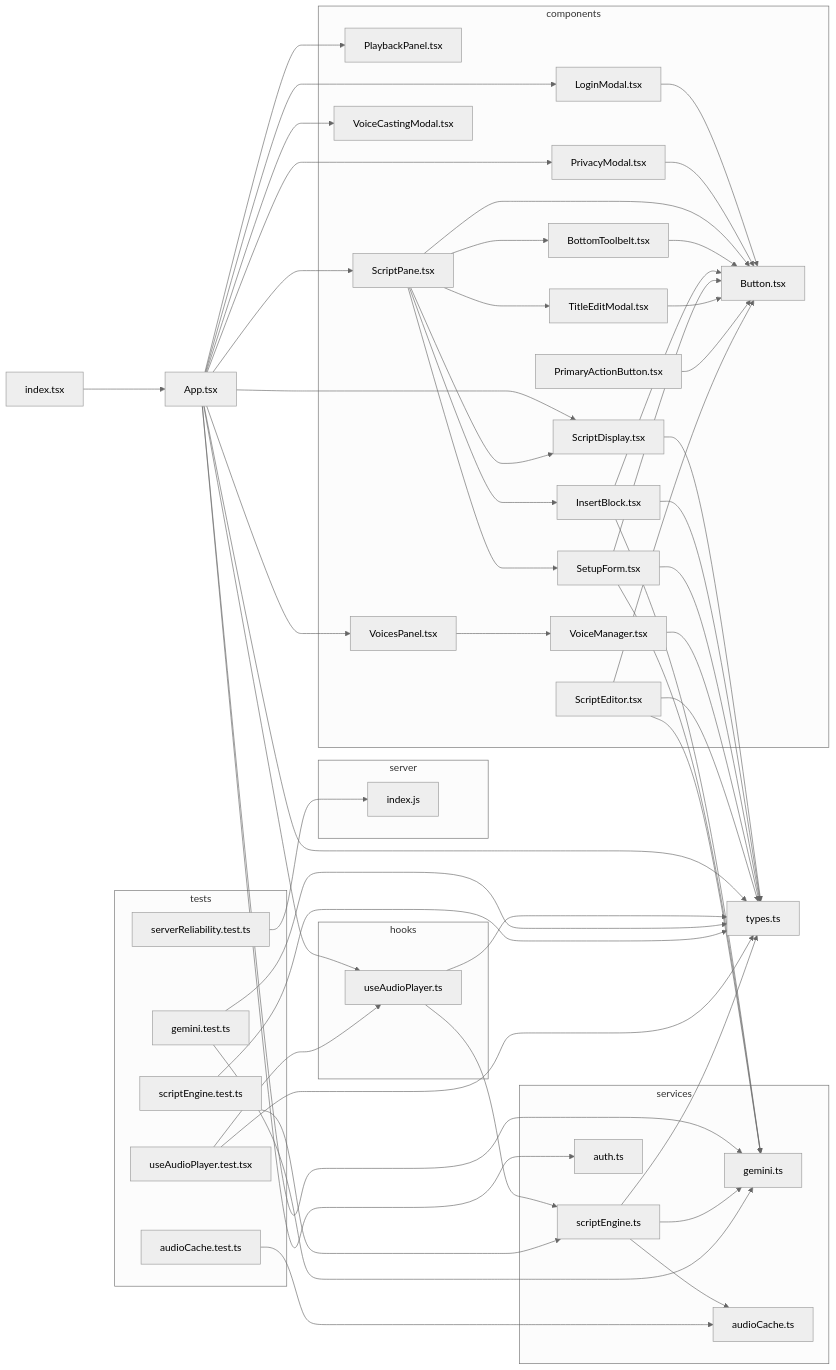
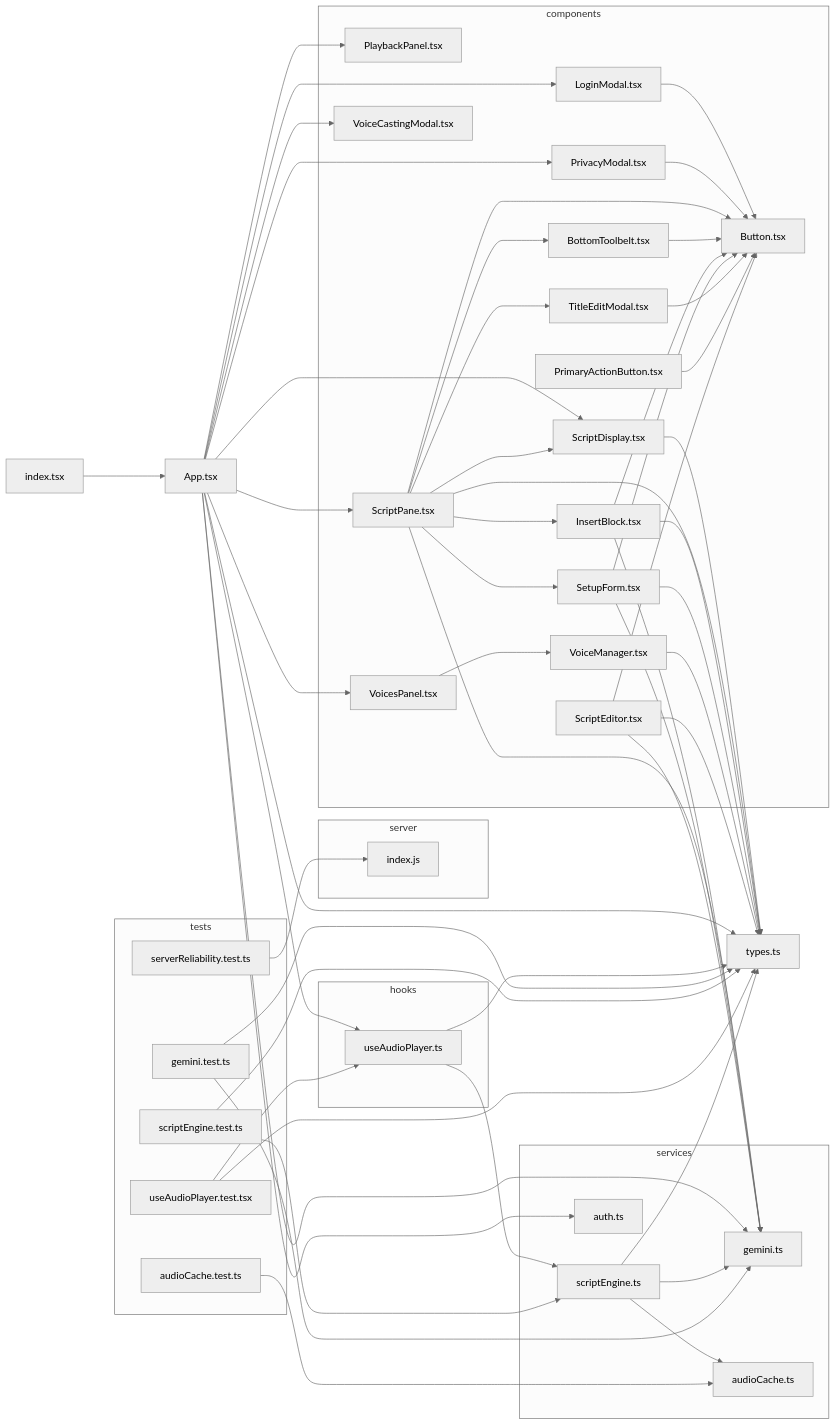
The diagram in docs/dependency-graph.mmd (seanzmc/Script-Seance), drawn with Mermaid (neutral theme) before and after one commit. The commit also changed 1 other file, not shown here.

```diff
--- a/docs/dependency-graph.mmd
+++ b/docs/dependency-graph.mmd
@@ -1,89 +1,91 @@
 flowchart LR
 
 0["App.tsx"]
 subgraph 1["components"]
 2["LoginModal.tsx"]
 3["Button.tsx"]
 4["PlaybackPanel.tsx"]
 5["PrivacyModal.tsx"]
 6["ScriptDisplay.tsx"]
 8["ScriptPane.tsx"]
-9["BottomToolbelt.tsx"]
-A["InsertBlock.tsx"]
+B["BottomToolbelt.tsx"]
+C["InsertBlock.tsx"]
 D["SetupForm.tsx"]
 E["TitleEditModal.tsx"]
 F["VoiceCastingModal.tsx"]
 G["VoicesPanel.tsx"]
 H["VoiceManager.tsx"]
 N["PrimaryActionButton.tsx"]
 O["ScriptEditor.tsx"]
 end
 7["types.ts"]
-subgraph B["services"]
-C["gemini.ts"]
+subgraph 9["services"]
+A["gemini.ts"]
 K["scriptEngine.ts"]
 L["audioCache.ts"]
 M["auth.ts"]
 end
 subgraph I["hooks"]
 J["useAudioPlayer.ts"]
 end
 P["index.tsx"]
 subgraph Q["server"]
 R["index.js"]
 end
 subgraph S["tests"]
 T["audioCache.test.ts"]
 U["gemini.test.ts"]
 V["scriptEngine.test.ts"]
 W["serverReliability.test.ts"]
 X["useAudioPlayer.test.tsx"]
 end
 0-->2
 0-->4
 0-->5
 0-->6
 0-->8
 0-->F
 0-->G
 0-->J
 0-->M
-0-->C
+0-->A
 0-->7
 2-->3
 5-->3
 6-->7
-8-->9
+8-->A
+8-->7
+8-->B
 8-->3
-8-->A
+8-->C
 8-->6
 8-->D
 8-->E
-9-->3
-A-->C
-A-->7
-A-->3
-D-->C
+B-->3
+C-->A
+C-->7
+C-->3
+D-->A
 D-->7
 D-->3
 E-->3
 G-->H
 H-->7
 J-->K
 J-->7
 K-->7
 K-->L
-K-->C
+K-->A
 N-->3
-O-->C
+O-->A
 O-->7
 O-->3
 P-->0
 T-->L
-U-->C
+U-->A
 U-->7
 V-->K
 V-->7
 W-->R
 X-->J
 X-->7
```
